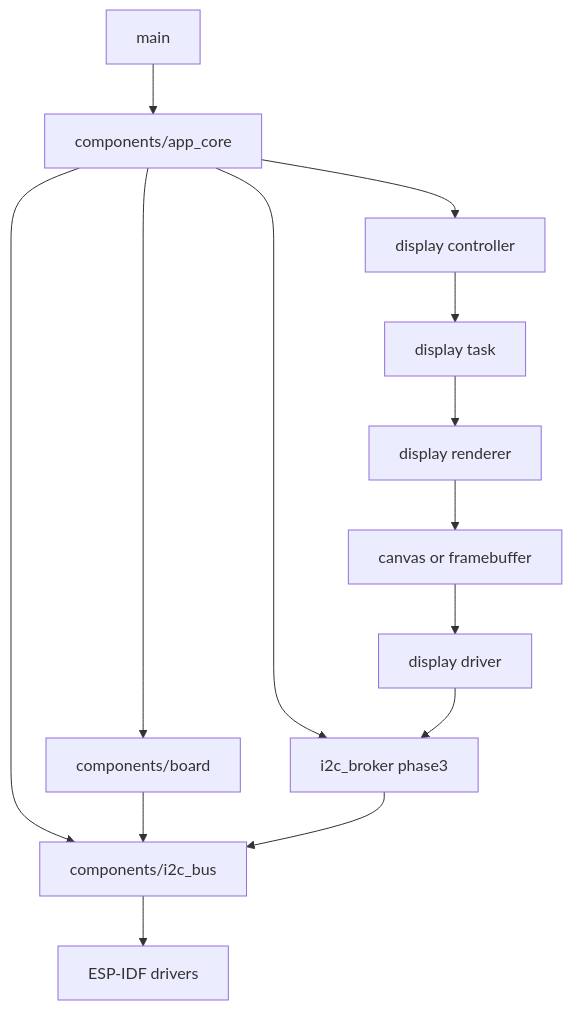
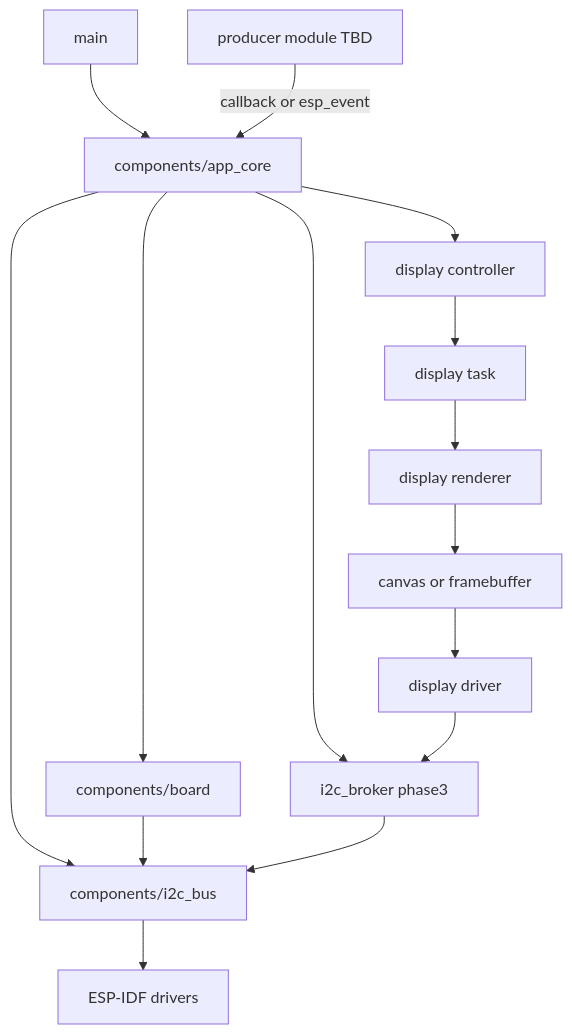
The diagram in b-hil-boards/b06_hil/firmware/docs/architecture.md (galopago/misistemhil), drawn with Mermaid before and after one commit. The commit also changed other lines of this file and 6 other files, not shown here.

First line of the commit message:
docs(firmware): define app_core display delivery contract for v1.

````diff
--- a/b-hil-boards/b06_hil/firmware/docs/architecture.md
+++ b/b-hil-boards/b06_hil/firmware/docs/architecture.md
@@ -21,16 +24,17 @@
 ```mermaid
 flowchart TD
     AppMain[main] --> AppCore[components/app_core]
+    Producer[producer module TBD] -->|"callback or esp_event"| AppCore
     AppCore --> Board[components/board]
     AppCore --> I2cBus[components/i2c_bus]
     AppCore --> I2cBroker[i2c_broker phase3]
     AppCore --> DisplayController[display controller]
     Board --> I2cBus
     DisplayController --> DisplayTask[display task]
     DisplayTask --> DisplayRenderer[display renderer]
     DisplayRenderer --> DisplayCanvas[canvas or framebuffer]
     DisplayCanvas --> DisplayDriver[display driver]
     DisplayDriver --> I2cBroker
     I2cBroker --> I2cBus
     I2cBus --> EspIdf[ESP-IDF drivers]
 ```
````
